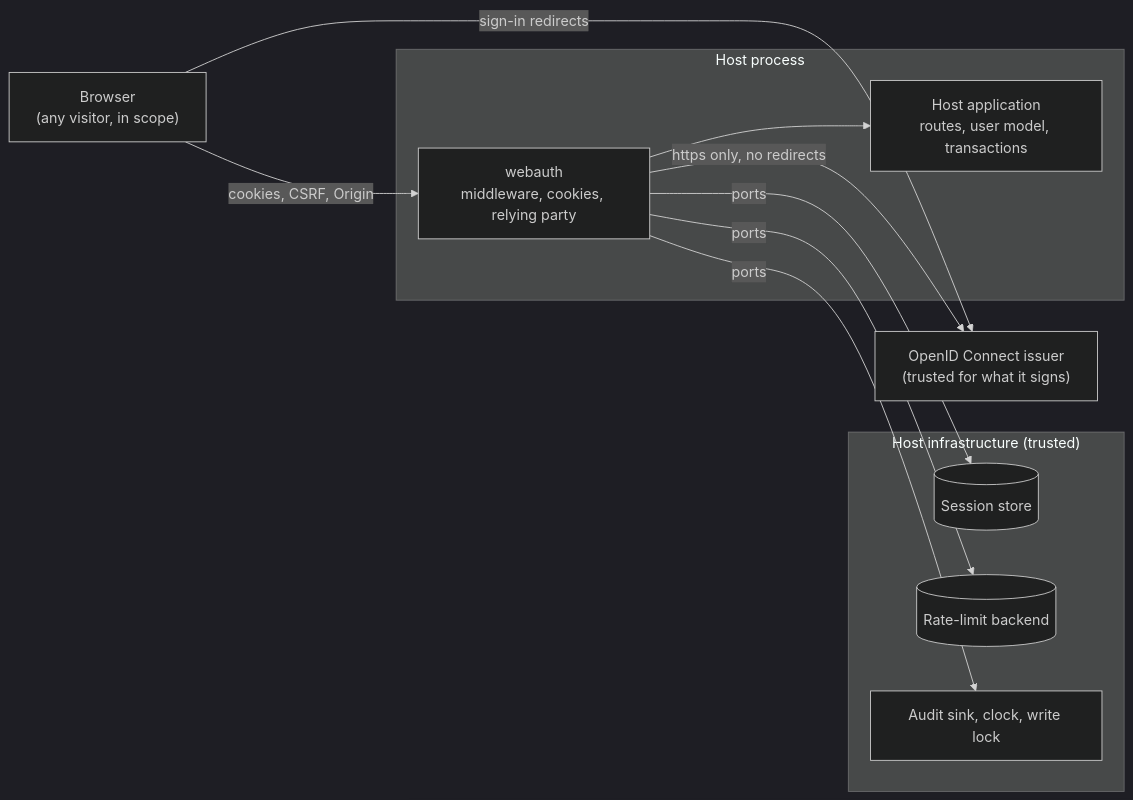
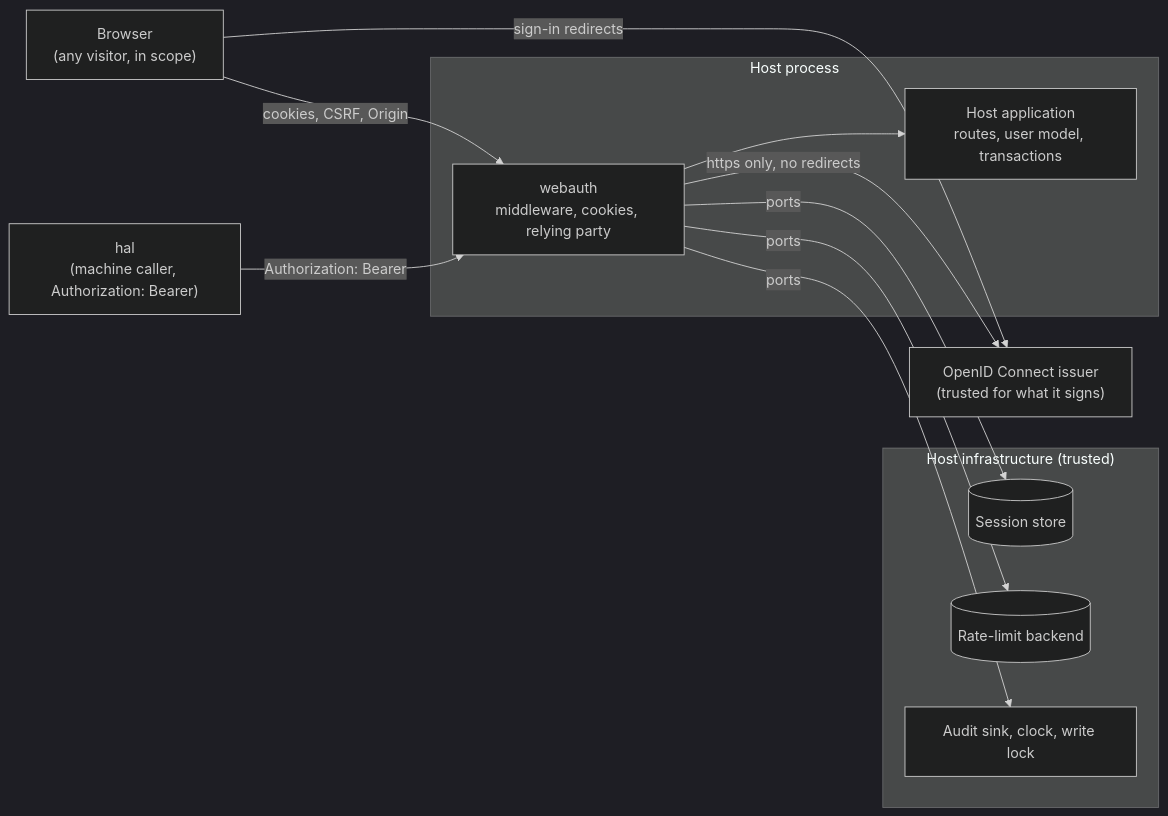
Before and after one commit to overnightworks/webauth: the diagram in docs/ARCHITECTURE.md, drawn with Mermaid (dark theme). The commit also changed other lines of this file and 6 other files, not shown here.

````diff
--- a/docs/ARCHITECTURE.md
+++ b/docs/ARCHITECTURE.md
@@ -9,21 +9,23 @@
 ```mermaid
 flowchart LR
     browser["Browser<br/>(any visitor, in scope)"]
+    hal["hal<br/>(machine caller, Authorization: Bearer)"]
     issuer["OpenID Connect issuer<br/>(trusted for what it signs)"]
     subgraph process["Host process"]
         host["Host application<br/>routes, user model, transactions"]
         lib["webauth<br/>middleware, cookies, relying party"]
     end
     subgraph stores["Host infrastructure (trusted)"]
         sessions[("Session store")]
         limits[("Rate-limit backend")]
         audit["Audit sink, clock, write lock"]
     end
     browser -- "cookies, CSRF, Origin" --> lib
+    hal -- "Authorization: Bearer" --> lib
     lib --> host
     lib -- "https only, no redirects" --> issuer
     browser -- "sign-in redirects" --> issuer
     lib -- "ports" --> sessions
     lib -- "ports" --> limits
     lib -- "ports" --> audit
 ```
````
